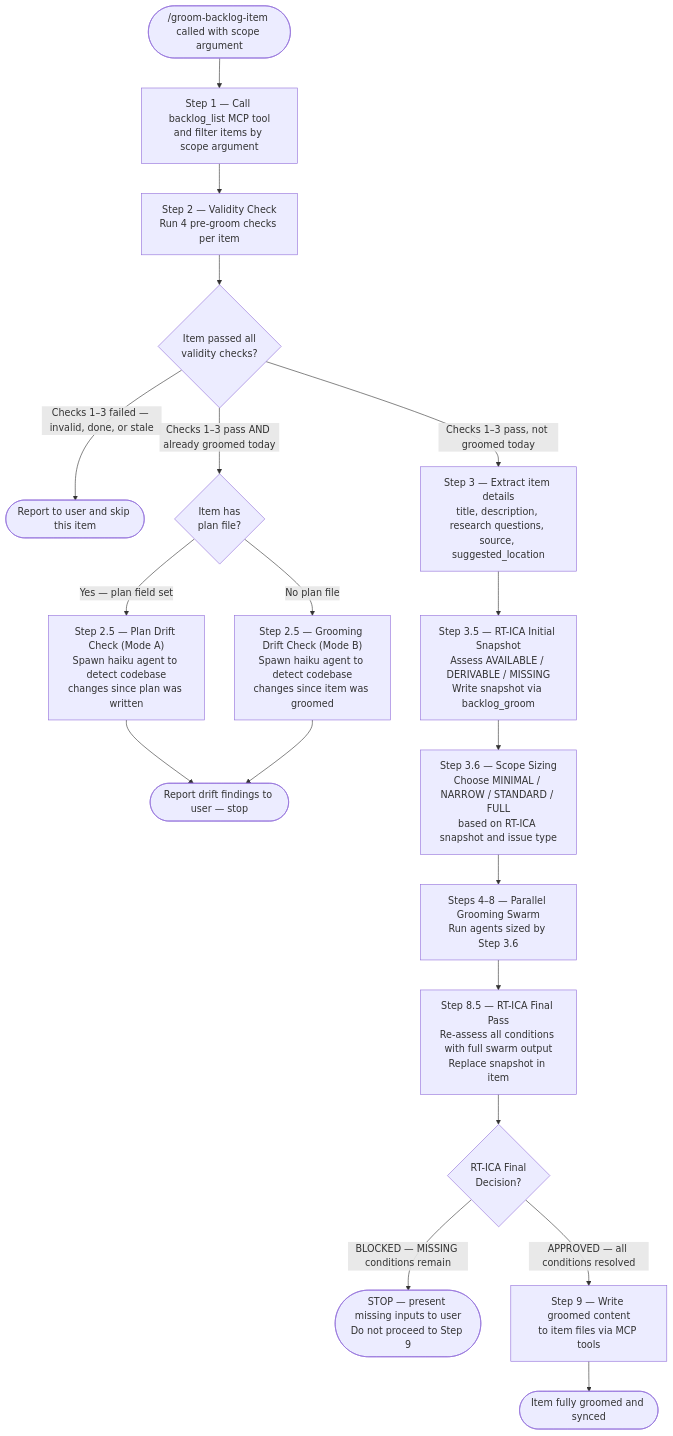
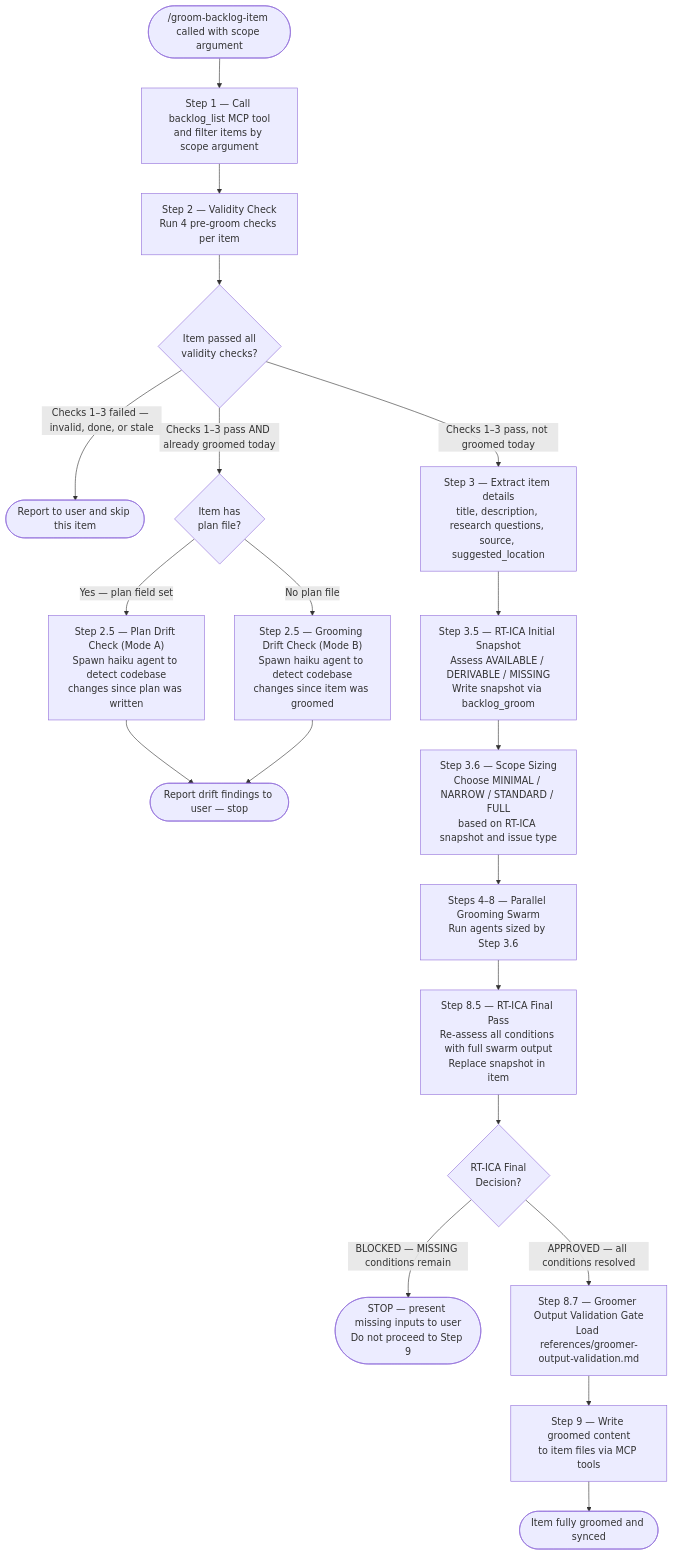
Before and after one commit to chgreer1070/claude_skills: the first of 6 diagrams in plugins/development-harness/skills/groom-backlog-item/SKILL.md, drawn with Mermaid. The commit also changed other lines of this file and 3 other files, not shown here.

First line of the commit message:
feat(groom-backlog-item): replace vague validity check, add validation gate, fact-check contract, RT-ICA date header, lifecycle link, and handoff token

````diff
--- a/plugins/development-harness/skills/groom-backlog-item/SKILL.md
+++ b/plugins/development-harness/skills/groom-backlog-item/SKILL.md
@@ -33,21 +35,22 @@
 ```mermaid
 flowchart TD
     Start(["/groom-backlog-item called with scope argument"]) --> S1["Step 1 — Call backlog_list MCP tool<br>and filter items by scope argument"]
     S1 --> S2["Step 2 — Validity Check<br>Run 4 pre-groom checks per item"]
     S2 --> S2Out{"Item passed all<br>validity checks?"}
     S2Out -->|"Checks 1–3 failed — invalid, done, or stale"| SkipReport(["Report to user and skip this item"])
     S2Out -->|"Checks 1–3 pass AND already groomed today"| PlanCheck{"Item has<br>plan file?"}
     PlanCheck -->|"Yes — plan field set"| S25["Step 2.5 — Plan Drift Check (Mode A)<br>Spawn haiku agent to detect codebase<br>changes since plan was written"]
     PlanCheck -->|"No plan file"| S25B["Step 2.5 — Grooming Drift Check (Mode B)<br>Spawn haiku agent to detect codebase<br>changes since item was groomed"]
     S25 --> DriftDone(["Report drift findings to user — stop"])
     S25B --> DriftDone
     S2Out -->|"Checks 1–3 pass, not groomed today"| S3["Step 3 — Extract item details<br>title, description, research questions, source, suggested_location"]
     S3 --> S35["Step 3.5 — RT-ICA Initial Snapshot<br>Assess AVAILABLE / DERIVABLE / MISSING<br>Write snapshot via backlog_groom"]
     S35 --> S36["Step 3.6 — Scope Sizing<br>Choose MINIMAL / NARROW / STANDARD / FULL<br>based on RT-ICA snapshot and issue type"]
     S36 --> S48["Steps 4–8 — Parallel Grooming Swarm<br>Run agents sized by Step 3.6"]
     S48 --> S85["Step 8.5 — RT-ICA Final Pass<br>Re-assess all conditions with full swarm output<br>Replace snapshot in item"]
     S85 --> FinalDecision{"RT-ICA Final<br>Decision?"}
     FinalDecision -->|"BLOCKED — MISSING conditions remain"| BlockedStop(["STOP — present missing inputs to user<br>Do not proceed to Step 9"])
-    FinalDecision -->|"APPROVED — all conditions resolved"| S9["Step 9 — Write groomed content<br>to item files via MCP tools"]
+    FinalDecision -->|"APPROVED — all conditions resolved"| S87["Step 8.7 — Groomer Output Validation Gate<br>Load references/groomer-output-validation.md"]
+    S87 --> S9["Step 9 — Write groomed content<br>to item files via MCP tools"]
     S9 --> Done(["Item fully groomed and synced"])
 ```
````
